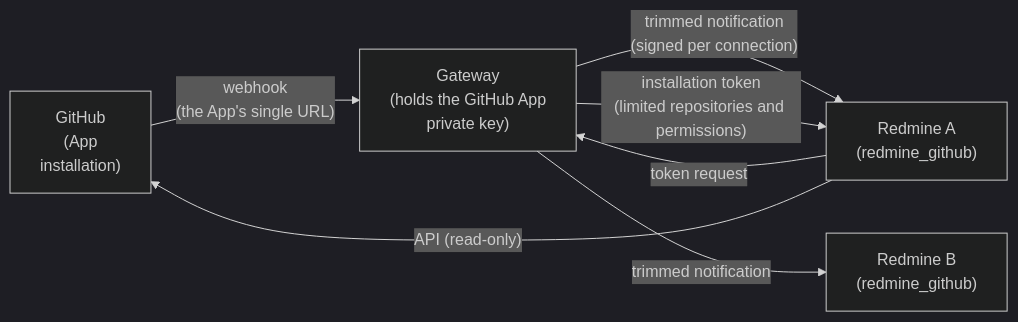
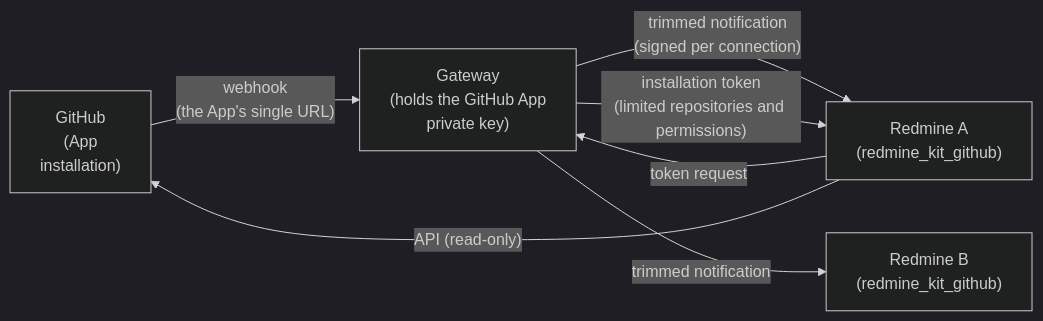
Before and after one commit to redmine-kit/redmine_github: the first of 2 diagrams in docs/design.md, drawn with Mermaid (dark theme). The commit also changed other lines of this file and 6 other files, not shown here.

First line of the commit message:
Name the plugin redmine_kit_github

````diff
--- a/docs/design.md
+++ b/docs/design.md
@@ -20,14 +20,14 @@
 ```mermaid
 flowchart LR
   gh["GitHub<br>(App<br>installation)"]
   gw["Gateway<br>(holds the GitHub App<br>private key)"]
-  r1["Redmine A<br>(redmine_github)"]
-  r2["Redmine B<br>(redmine_github)"]
+  r1["Redmine A<br>(redmine_kit_github)"]
+  r2["Redmine B<br>(redmine_kit_github)"]
 
   gh -- "webhook<br>(the App's single URL)" --> gw
   gw -- "trimmed notification<br>(signed per connection)" --> r1
   gw -- "trimmed notification" --> r2
   r1 -- "token request" --> gw
   gw -- "installation token<br>(limited repositories and permissions)" --> r1
   r1 -- "API (read-only)" --> gh
 ```
````
